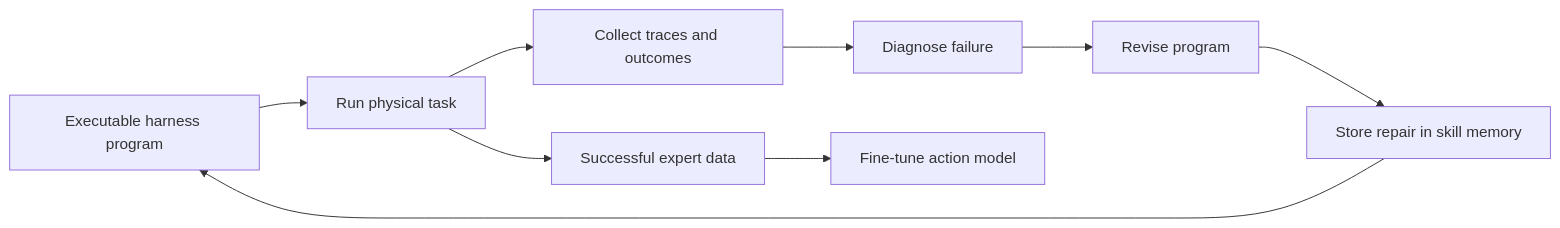
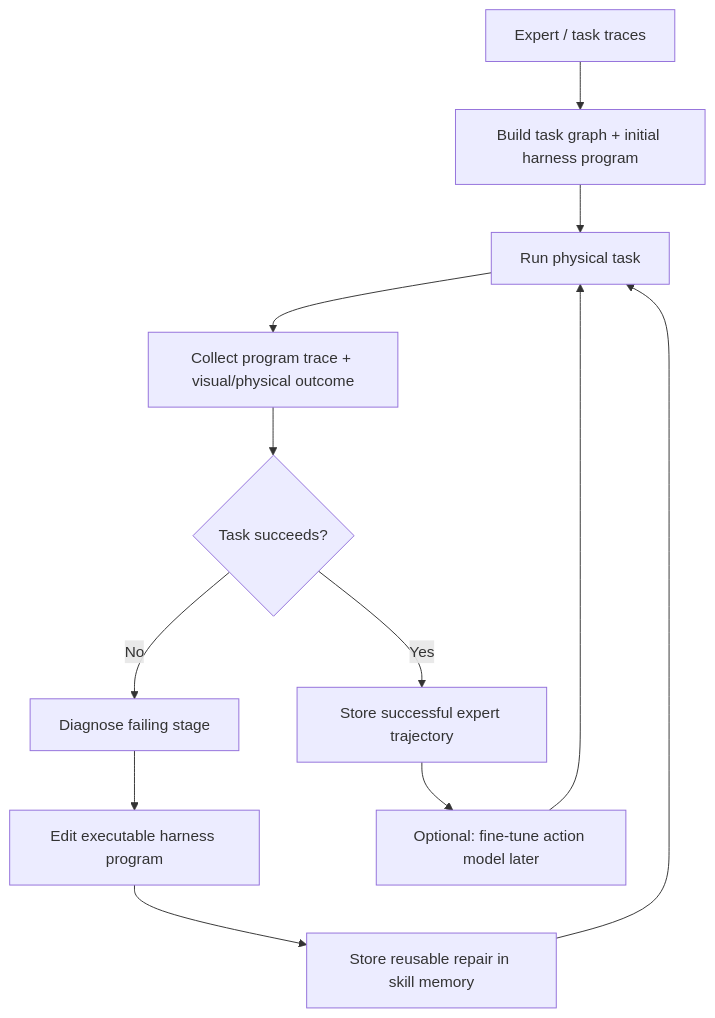
One commit to ShadowKingYT444/harness-papers-daily changed the diagram in _analyses/2609.29166.md. Above: the diagram before and after it, drawn with Mermaid. The commit also changed other lines of this file and 37 other files, not shown here.

````diff
--- a/_analyses/2609.29166.md
+++ b/_analyses/2609.29166.md
@@ -20,11 +47,14 @@
-```mermaid
-flowchart LR
-    A[Executable harness program] --> B[Run physical task]
-    B --> C[Collect traces and outcomes]
-    C --> D[Diagnose failure]
-    D --> E[Revise program]
-    E --> F[Store repair in skill memory]
-    F --> A
-    B --> G[Successful expert data]
-    G --> H[Fine-tune action model]
-```
+~~~mermaid
+flowchart TD
+    A["Expert / task traces"] --> B["Build task graph + initial harness program"]
+    B --> C["Run physical task"]
+    C --> D["Collect program trace + visual/physical outcome"]
+    D --> E{"Task succeeds?"}
+    E -- "No" --> F["Diagnose failing stage"]
+    F --> G["Edit executable harness program"]
+    G --> H["Store reusable repair in skill memory"]
+    H --> C
+    E -- "Yes" --> I["Store successful expert trajectory"]
+    I --> J["Optional: fine-tune action model later"]
+    J --> C
+~~~
````
